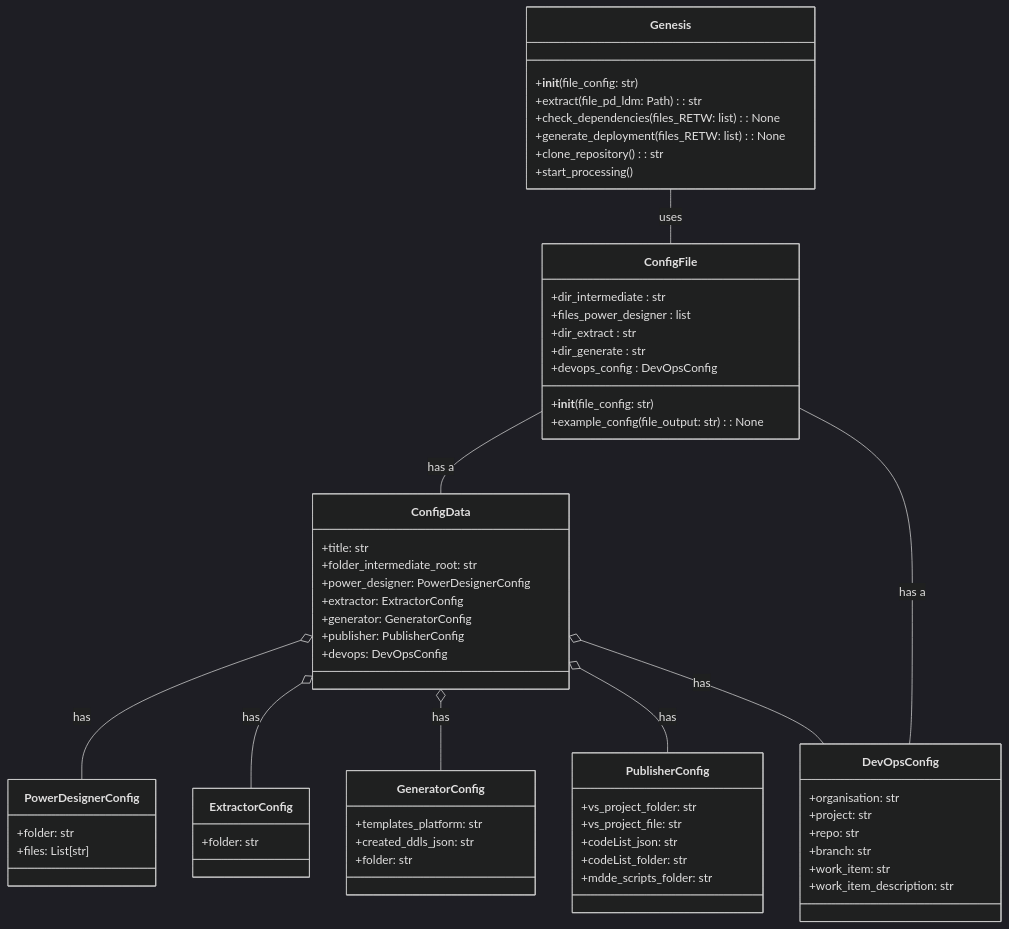
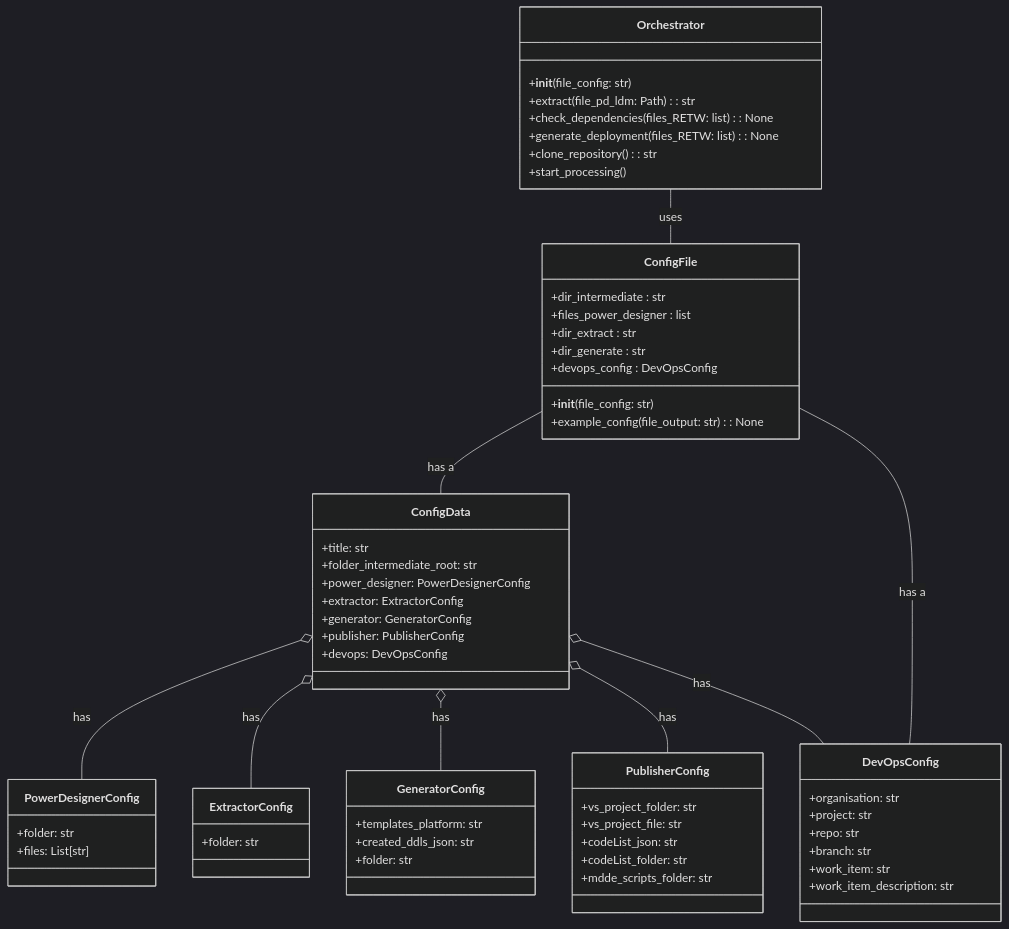
One commit to mark-me/mapping-dependencies changed the fourth of 4 diagrams in genesis/README.md. Above: the diagram before and after it, drawn with Mermaid (dark theme). The commit also changed other lines of this file and 3 other files, not shown here.

````diff
--- a/genesis/README.md
+++ b/genesis/README.md
@@ -140,65 +160,65 @@
 ```mermaid
 classDiagram
-    class Genesis {
+    class Orchestrator {
     +__init__(file_config: str)
     +extract(file_pd_ldm: Path) : str
     +check_dependencies(files_RETW: list) : None
     +generate_deployment(files_RETW: list) : None
     +clone_repository() : str
     +start_processing()
     }
     class ConfigFile {
         +__init__(file_config: str)
         +example_config(file_output: str) : None
         +dir_intermediate : str
         +files_power_designer : list
         +dir_extract : str
         +dir_generate : str
         +devops_config : DevOpsConfig
     }
     class PowerDesignerConfig{
         +folder: str
         +files: List[str]
     }
     class ExtractorConfig{
         +folder: str
     }
     class GeneratorConfig{
         +templates_platform: str
         +created_ddls_json: str
         +folder: str
     }
     class PublisherConfig{
         +vs_project_folder: str
         +vs_project_file: str
         +codeList_json: str
         +codeList_folder: str
         +mdde_scripts_folder: str
     }
     class DevOpsConfig{
         +organisation: str
         +project: str
         +repo: str
         +branch: str
         +work_item: str
         +work_item_description: str
     }
     class ConfigData{
         +title: str
         +folder_intermediate_root: str
         +power_designer: PowerDesignerConfig
         +extractor: ExtractorConfig
         +generator: GeneratorConfig
         +publisher: PublisherConfig
         +devops: DevOpsConfig
     }
 
-    Genesis -- ConfigFile : uses
+    Orchestrator -- ConfigFile : uses
     ConfigFile -- ConfigData : has a
     ConfigFile -- DevOpsConfig : has a
     ConfigData o-- PowerDesignerConfig : has
     ConfigData o-- ExtractorConfig : has
     ConfigData o-- GeneratorConfig : has
     ConfigData o-- PublisherConfig : has
     ConfigData o-- DevOpsConfig : has
 ```
````
